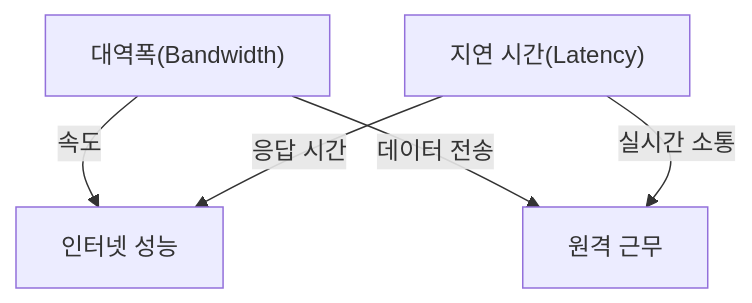
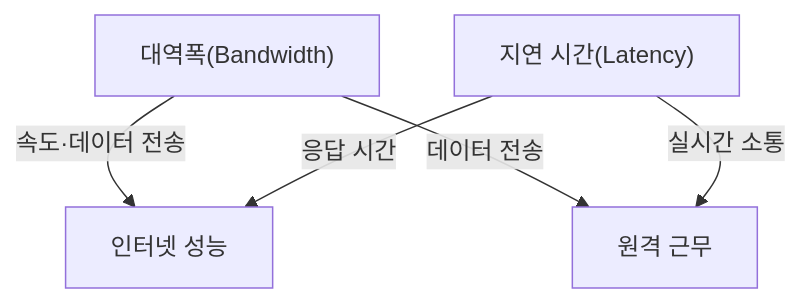
The first of 12 diagrams in content/post/2024/2024-10-17-networking-latency/index.md (42jerrykim/42jerrykim.github.io), drawn with Mermaid before and after one commit. The commit also changed other lines of this file and 239 other files, not shown here.

````diff
--- a/content/post/2024/2024-10-17-networking-latency/index.md
+++ b/content/post/2024/2024-10-17-networking-latency/index.md
@@ -152,7 +132,11 @@
 ```mermaid
-graph TD;
-    A["대역폭(Bandwidth)"] -->|속도| B[인터넷 성능]
-    A -->|데이터 전송| C[원격 근무]
-    D["지연 시간(Latency)"] -->|응답 시간| B
-    D -->|실시간 소통| C
+graph TD
+  Bandwidth["대역폭(Bandwidth)"]
+  Latency["지연 시간(Latency)"]
+  Perf["인터넷 성능"]
+  Remote["원격 근무"]
+  Bandwidth -->|"속도·데이터 전송"| Perf
+  Bandwidth -->|"데이터 전송"| Remote
+  Latency -->|"응답 시간"| Perf
+  Latency -->|"실시간 소통"| Remote
 ```
````
